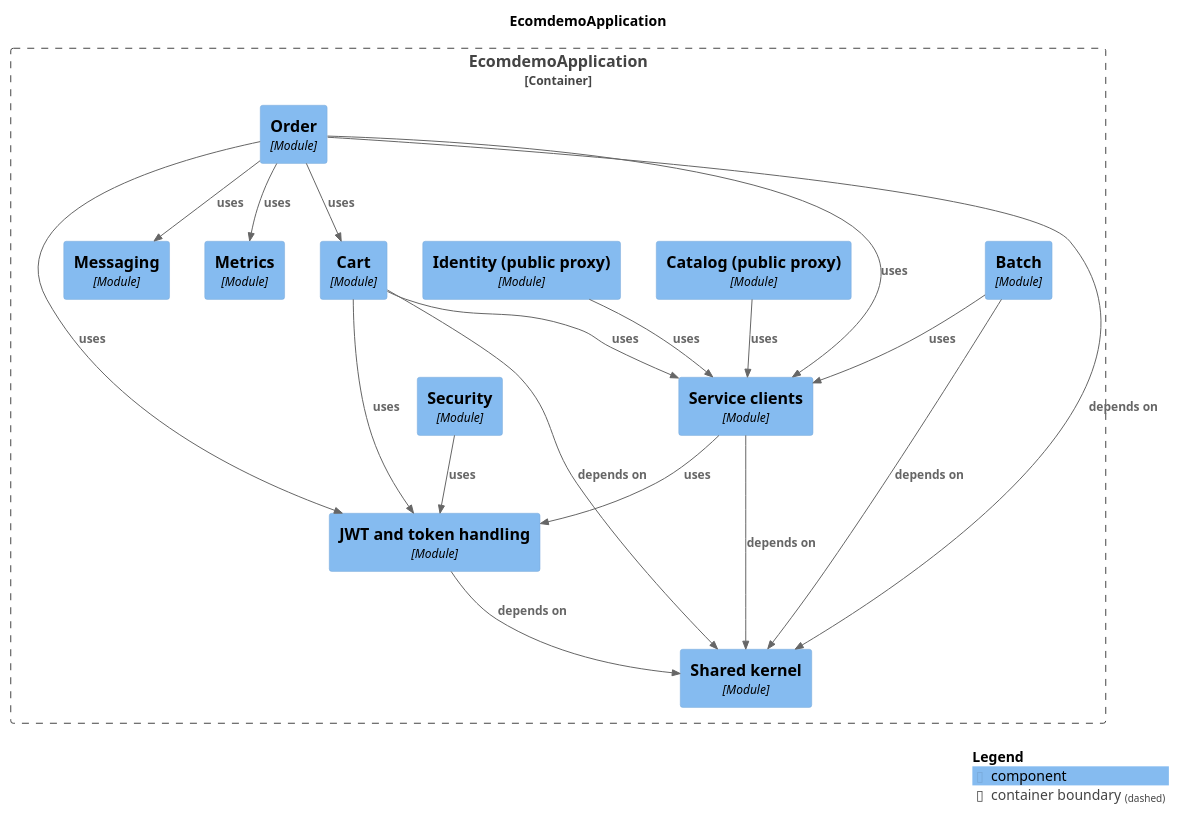
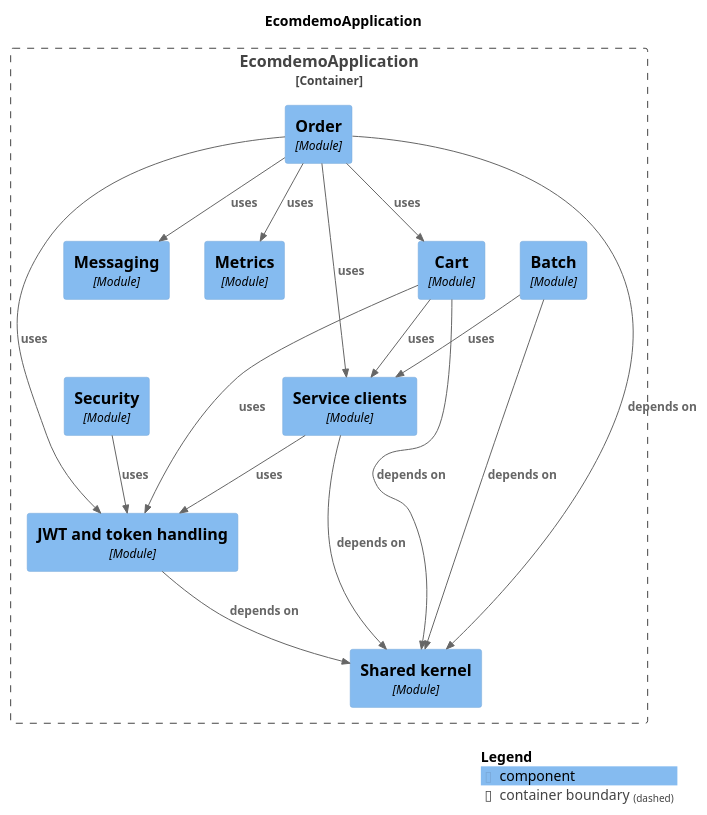
One commit to mr-sujay-patil/ecomdemo changed the diagram in docs/modules/components.puml. Above: the diagram before and after it, drawn with PlantUML. The commit also changed 27 other files, not shown here.

```diff
--- a/docs/modules/components.puml
+++ b/docs/modules/components.puml
@@ -1,44 +1,40 @@
 @startuml
 set separator none
 title EcomdemoApplication
 
 top to bottom direction
 
 !include <C4/C4>
 !include <C4/C4_Context>
 !include <C4/C4_Component>
 
 Container_Boundary("EcomdemoApplication.EcomdemoApplication_boundary", "EcomdemoApplication", $tags="") {
   Component(EcomdemoApplication.EcomdemoApplication.Batch, "Batch", $techn="Module", $descr="", $tags="", $link="")
   Component(EcomdemoApplication.EcomdemoApplication.Cart, "Cart", $techn="Module", $descr="", $tags="", $link="")
-  Component(EcomdemoApplication.EcomdemoApplication.Catalogpublicproxy, "Catalog (public proxy)", $techn="Module", $descr="", $tags="", $link="")
-  Component(EcomdemoApplication.EcomdemoApplication.Identitypublicproxy, "Identity (public proxy)", $techn="Module", $descr="", $tags="", $link="")
   Component(EcomdemoApplication.EcomdemoApplication.Order, "Order", $techn="Module", $descr="", $tags="", $link="")
   Component(EcomdemoApplication.EcomdemoApplication.Messaging, "Messaging", $techn="Module", $descr="", $tags="", $link="")
   Component(EcomdemoApplication.EcomdemoApplication.Metrics, "Metrics", $techn="Module", $descr="", $tags="", $link="")
   Component(EcomdemoApplication.EcomdemoApplication.Sharedkernel, "Shared kernel", $techn="Module", $descr="", $tags="", $link="")
   Component(EcomdemoApplication.EcomdemoApplication.JWTandtokenhandling, "JWT and token handling", $techn="Module", $descr="", $tags="", $link="")
   Component(EcomdemoApplication.EcomdemoApplication.Serviceclients, "Service clients", $techn="Module", $descr="", $tags="", $link="")
   Component(EcomdemoApplication.EcomdemoApplication.Security, "Security", $techn="Module", $descr="", $tags="", $link="")
 }
 
 Rel(EcomdemoApplication.EcomdemoApplication.Batch, EcomdemoApplication.EcomdemoApplication.Serviceclients, "uses", $techn="", $tags="", $link="")
 Rel(EcomdemoApplication.EcomdemoApplication.Batch, EcomdemoApplication.EcomdemoApplication.Sharedkernel, "depends on", $techn="", $tags="", $link="")
 Rel(EcomdemoApplication.EcomdemoApplication.Cart, EcomdemoApplication.EcomdemoApplication.JWTandtokenhandling, "uses", $techn="", $tags="", $link="")
 Rel(EcomdemoApplication.EcomdemoApplication.Cart, EcomdemoApplication.EcomdemoApplication.Serviceclients, "uses", $techn="", $tags="", $link="")
 Rel(EcomdemoApplication.EcomdemoApplication.Cart, EcomdemoApplication.EcomdemoApplication.Sharedkernel, "depends on", $techn="", $tags="", $link="")
-Rel(EcomdemoApplication.EcomdemoApplication.Catalogpublicproxy, EcomdemoApplication.EcomdemoApplication.Serviceclients, "uses", $techn="", $tags="", $link="")
-Rel(EcomdemoApplication.EcomdemoApplication.Identitypublicproxy, EcomdemoApplication.EcomdemoApplication.Serviceclients, "uses", $techn="", $tags="", $link="")
 Rel(EcomdemoApplication.EcomdemoApplication.JWTandtokenhandling, EcomdemoApplication.EcomdemoApplication.Sharedkernel, "depends on", $techn="", $tags="", $link="")
 Rel(EcomdemoApplication.EcomdemoApplication.Order, EcomdemoApplication.EcomdemoApplication.Cart, "uses", $techn="", $tags="", $link="")
 Rel(EcomdemoApplication.EcomdemoApplication.Order, EcomdemoApplication.EcomdemoApplication.JWTandtokenhandling, "uses", $techn="", $tags="", $link="")
 Rel(EcomdemoApplication.EcomdemoApplication.Order, EcomdemoApplication.EcomdemoApplication.Messaging, "uses", $techn="", $tags="", $link="")
 Rel(EcomdemoApplication.EcomdemoApplication.Order, EcomdemoApplication.EcomdemoApplication.Metrics, "uses", $techn="", $tags="", $link="")
 Rel(EcomdemoApplication.EcomdemoApplication.Order, EcomdemoApplication.EcomdemoApplication.Serviceclients, "uses", $techn="", $tags="", $link="")
 Rel(EcomdemoApplication.EcomdemoApplication.Order, EcomdemoApplication.EcomdemoApplication.Sharedkernel, "depends on", $techn="", $tags="", $link="")
 Rel(EcomdemoApplication.EcomdemoApplication.Security, EcomdemoApplication.EcomdemoApplication.JWTandtokenhandling, "uses", $techn="", $tags="", $link="")
 Rel(EcomdemoApplication.EcomdemoApplication.Serviceclients, EcomdemoApplication.EcomdemoApplication.JWTandtokenhandling, "uses", $techn="", $tags="", $link="")
 Rel(EcomdemoApplication.EcomdemoApplication.Serviceclients, EcomdemoApplication.EcomdemoApplication.Sharedkernel, "depends on", $techn="", $tags="", $link="")
 
 SHOW_LEGEND(true)
 @enduml
```
